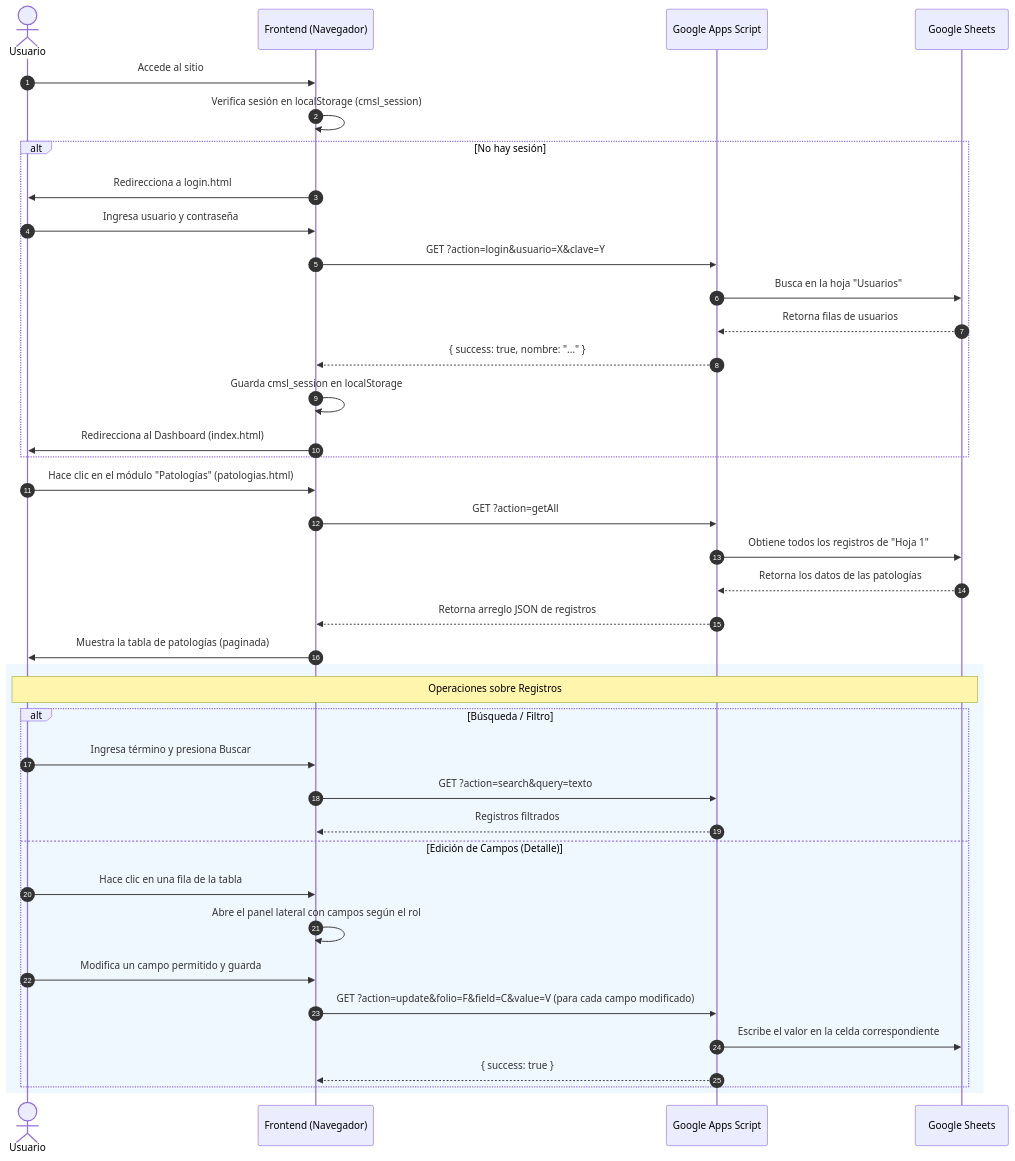
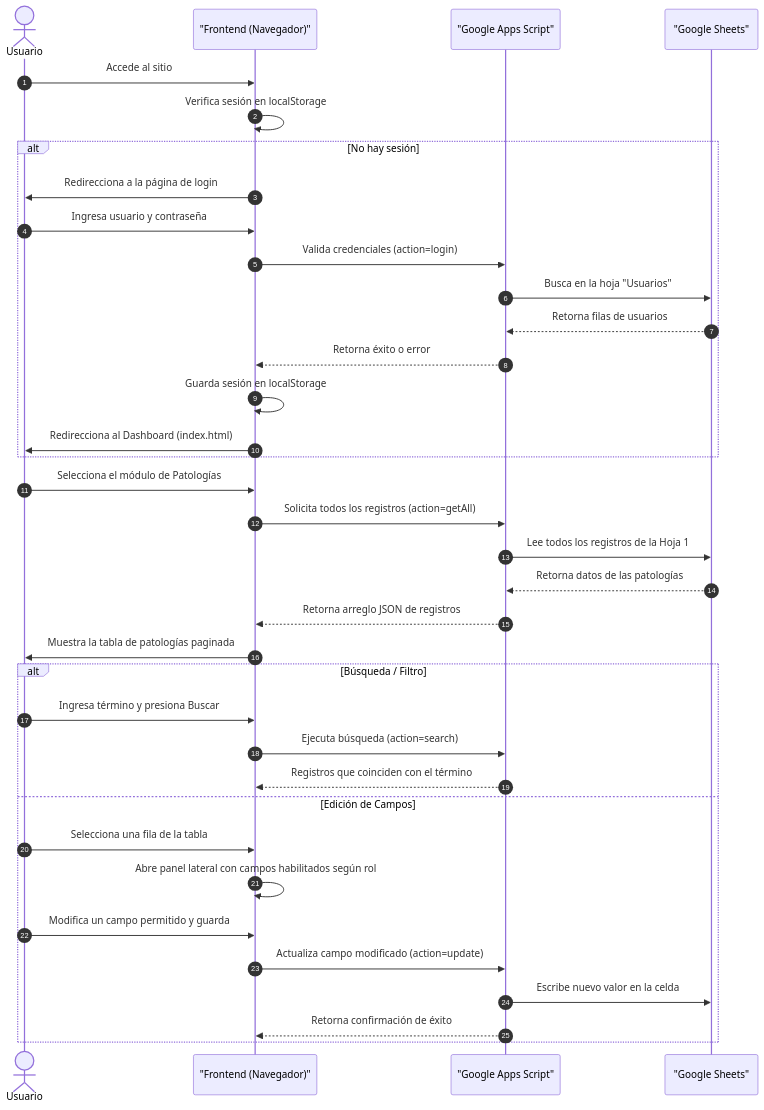
One commit to GenerCN/patologias_page changed the second of 2 diagrams in readme.md. Above: the diagram before and after it, drawn with Mermaid. The commit also changed other lines of this file, not shown here.

````diff
--- a/readme.md
+++ b/readme.md
@@ -30,44 +30,41 @@
 ```mermaid
 sequenceDiagram
     autonumber
     actor Usuario
-    participant Navegador as Frontend (Navegador)
-    participant API as Google Apps Script
-    participant DB as Google Sheets
+    participant Navegador as "Frontend (Navegador)"
+    participant API as "Google Apps Script"
+    participant DB as "Google Sheets"
 
     Usuario->>Navegador: Accede al sitio
-    Navegador->>Navegador: Verifica sesión en localStorage (cmsl_session)
+    Navegador->>Navegador: Verifica sesión en localStorage
     alt No hay sesión
-        Navegador->>Usuario: Redirecciona a login.html
+        Navegador->>Usuario: Redirecciona a la página de login
         Usuario->>Navegador: Ingresa usuario y contraseña
-        Navegador->>API: GET ?action=login&usuario=X&clave=Y
+        Navegador->>API: Valida credenciales (action=login)
         API->>DB: Busca en la hoja "Usuarios"
         DB-->>API: Retorna filas de usuarios
-        API-->>Navegador: { success: true, nombre: "..." }
-        Navegador->>Navegador: Guarda cmsl_session en localStorage
+        API-->>Navegador: Retorna éxito o error
+        Navegador->>Navegador: Guarda sesión en localStorage
         Navegador->>Usuario: Redirecciona al Dashboard (index.html)
     end
 
-    Usuario->>Navegador: Hace clic en el módulo "Patologías" (patologias.html)
-    Navegador->>API: GET ?action=getAll
-    API->>DB: Obtiene todos los registros de "Hoja 1"
-    DB-->>API: Retorna los datos de las patologías
+    Usuario->>Navegador: Selecciona el módulo de Patologías
+    Navegador->>API: Solicita todos los registros (action=getAll)
+    API->>DB: Lee todos los registros de la Hoja 1
+    DB-->>API: Retorna datos de las patologías
     API-->>Navegador: Retorna arreglo JSON de registros
-    Navegador->>Usuario: Muestra la tabla de patologías (paginada)
+    Navegador->>Usuario: Muestra la tabla de patologías paginada
 
-    rect rgb(240, 248, 255)
-        note over Usuario, DB: Operaciones sobre Registros
-        alt Búsqueda / Filtro
-            Usuario->>Navegador: Ingresa término y presiona Buscar
-            Navegador->>API: GET ?action=search&query=texto
-            API-->>Navegador: Registros filtrados
-        else Edición de Campos (Detalle)
-            Usuario->>Navegador: Hace clic en una fila de la tabla
-            Navegador->>Navegador: Abre el panel lateral con campos según el rol
-            Usuario->>Navegador: Modifica un campo permitido y guarda
-            Navegador->>API: GET ?action=update&folio=F&field=C&value=V (para cada campo modificado)
-            API->>DB: Escribe el valor en la celda correspondiente
-            API-->>Navegador: { success: true }
-        end
+    alt Búsqueda / Filtro
+        Usuario->>Navegador: Ingresa término y presiona Buscar
+        Navegador->>API: Ejecuta búsqueda (action=search)
+        API-->>Navegador: Registros que coinciden con el término
+    else Edición de Campos
+        Usuario->>Navegador: Selecciona una fila de la tabla
+        Navegador->>Navegador: Abre panel lateral con campos habilitados según rol
+        Usuario->>Navegador: Modifica un campo permitido y guarda
+        Navegador->>API: Actualiza campo modificado (action=update)
+        API->>DB: Escribe nuevo valor en la celda
+        API-->>Navegador: Retorna confirmación de éxito
     end
 ```
````
